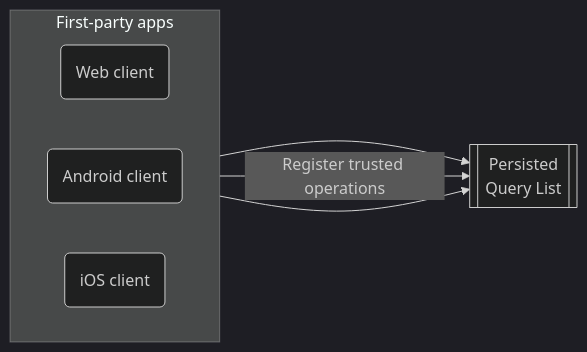
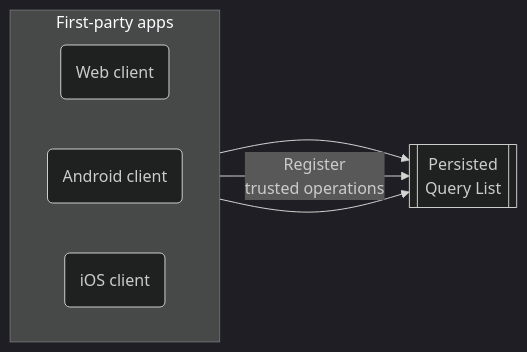
One commit to apollographql/docs changed the first of 2 diagrams in src/content/shared/pq-intro.mdx. Above: the diagram before and after it, drawn with Mermaid (dark theme). The commit also changed other lines of this file, not shown here.

````diff
--- a/src/content/shared/pq-intro.mdx
+++ b/src/content/shared/pq-intro.mdx
@@ -3,13 +3,13 @@
 ```mermaid
 flowchart LR
   subgraph Apps["First-party apps"]
   direction LR
   webClient("Web client");
   androidClient("Android client");
   iosClient("iOS client");
   end
   pql[[Persisted<br/>Query List]];
   webClient --> pql
-  androidClient -->|Register trusted operations| pql
+  androidClient -->|Register <br> trusted operations| pql
   iosClient --> pql
 ```
````
